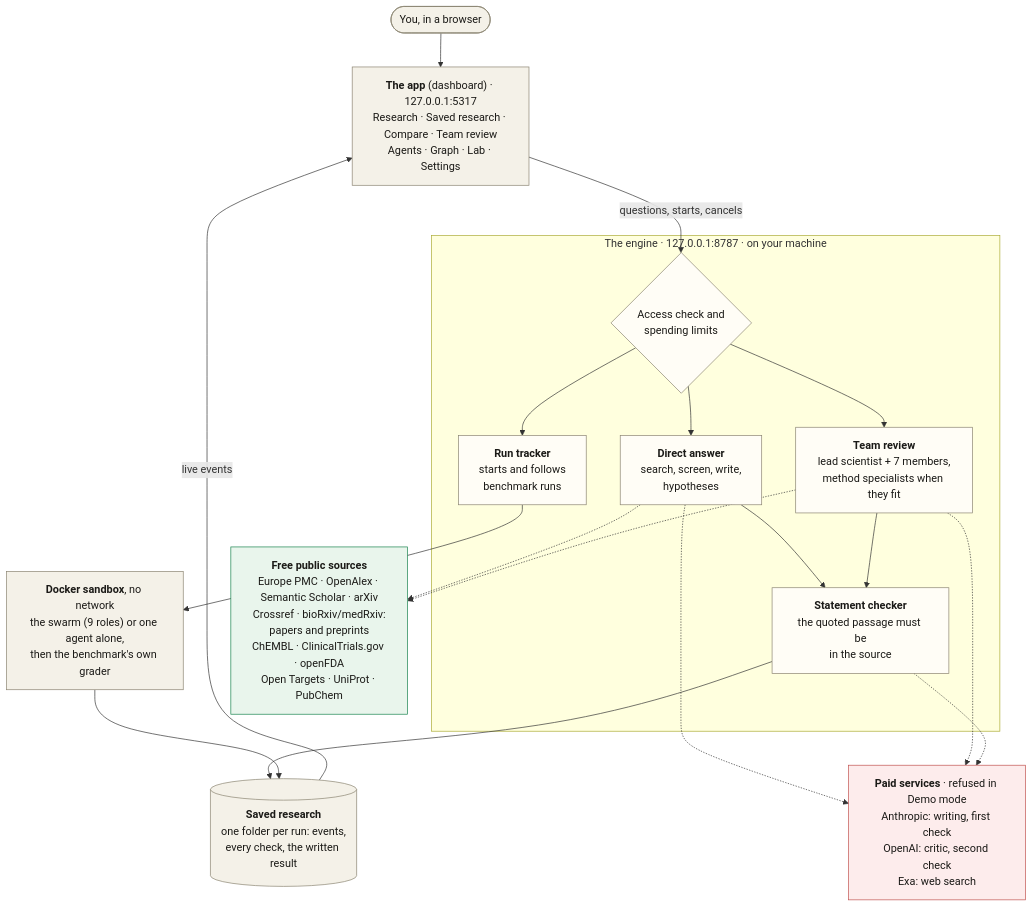
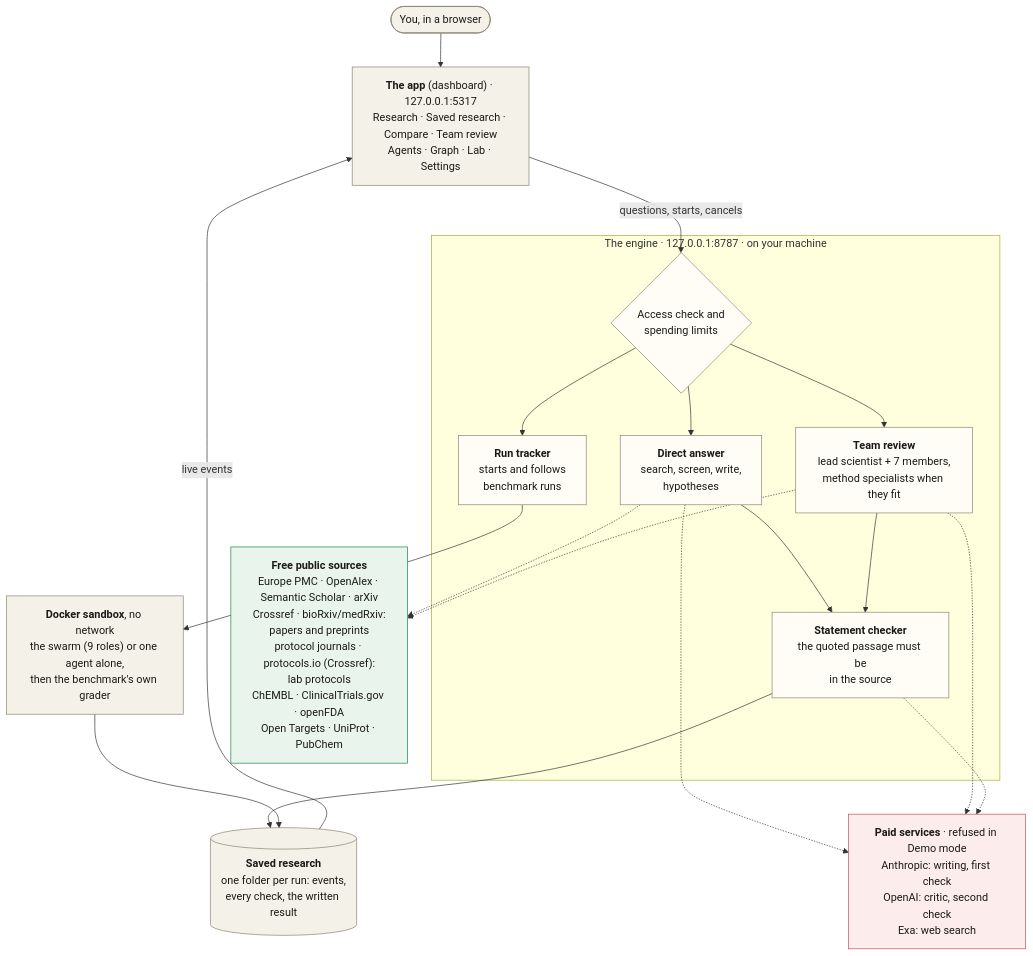
Before and after one commit to itsbrendandang/agent-test: the diagram in README.md, drawn with Mermaid. The commit also changed other lines of this file and 18 other files, not shown here.

First line of the commit message:
feat(research): find lab protocols and SOPs from free protocol sources

````diff
--- a/README.md
+++ b/README.md
@@ -408,44 +418,44 @@
 ```mermaid
 flowchart TB
     you(["You, in a browser"])
     app["<b>The app</b> (dashboard) · 127.0.0.1:5317<br/>Research · Saved research · Compare · Team review<br/>Agents · Graph · Lab · Settings"]
 
     subgraph engine["The engine · 127.0.0.1:8787 · on your machine"]
         gate{"Access check and<br/>spending limits"}
         answer["<b>Direct answer</b><br/>search, screen, write,<br/>hypotheses"]
         board["<b>Team review</b><br/>lead scientist + 7 members,<br/>method specialists when they fit"]
         tracker["<b>Run tracker</b><br/>starts and follows<br/>benchmark runs"]
         check["<b>Statement checker</b><br/>the quoted passage must be<br/>in the source"]
     end
 
     sandbox["<b>Docker sandbox</b>, no network<br/>the swarm (9 roles) or one agent alone,<br/>then the benchmark's own grader"]
     store[("<b>Saved research</b><br/>one folder per run: events,<br/>every check, the written result")]
     paid["<b>Paid services</b> · refused in Demo mode<br/>Anthropic: writing, first check<br/>OpenAI: critic, second check<br/>Exa: web search"]
-    free["<b>Free public sources</b><br/>Europe PMC · OpenAlex · Semantic Scholar · arXiv<br/>Crossref · bioRxiv/medRxiv:<br/>papers and preprints<br/>ChEMBL · ClinicalTrials.gov · openFDA<br/>Open Targets · UniProt · PubChem"]
+    free["<b>Free public sources</b><br/>Europe PMC · OpenAlex · Semantic Scholar · arXiv<br/>Crossref · bioRxiv/medRxiv:<br/>papers and preprints<br/>protocol journals · protocols.io (Crossref):<br/>lab protocols<br/>ChEMBL · ClinicalTrials.gov · openFDA<br/>Open Targets · UniProt · PubChem"]
 
     you --> app
     app -- "questions, starts, cancels" --> gate
     gate --> answer
     gate --> board
     gate --> tracker
     answer --> check
     board --> check
     tracker --> sandbox
     check --> store
     sandbox --> store
     store -- "live events" --> app
     answer -.-> free
     board -.-> free
     answer -.-> paid
     board -.-> paid
     check -.-> paid
 
     classDef local fill:#f4f1e8,stroke:#8a8371,color:#1b1a17
     classDef core fill:#fffdf6,stroke:#8a8371,color:#1b1a17
     classDef paidc fill:#fdecec,stroke:#c0504d,color:#1b1a17
     classDef freec fill:#e9f5ec,stroke:#17824d,color:#1b1a17
     class you,app,store,sandbox local
     class gate,answer,board,tracker,check core
     class paid paidc
     class free freec
 ```
````
